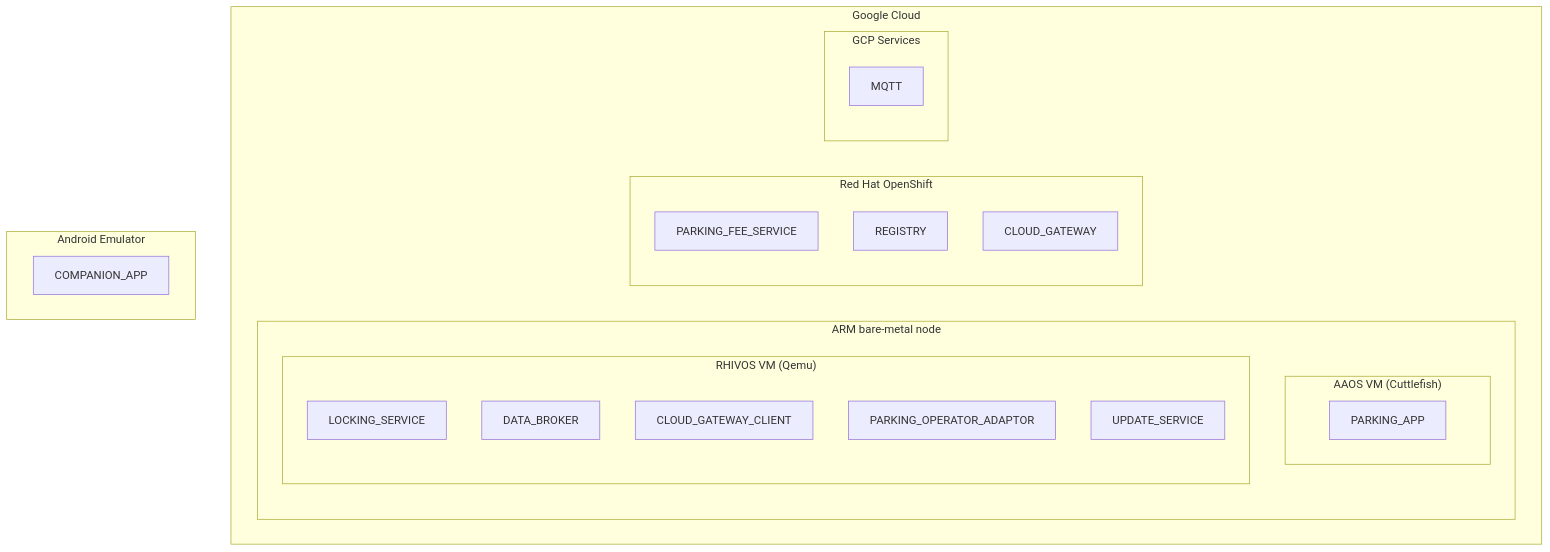
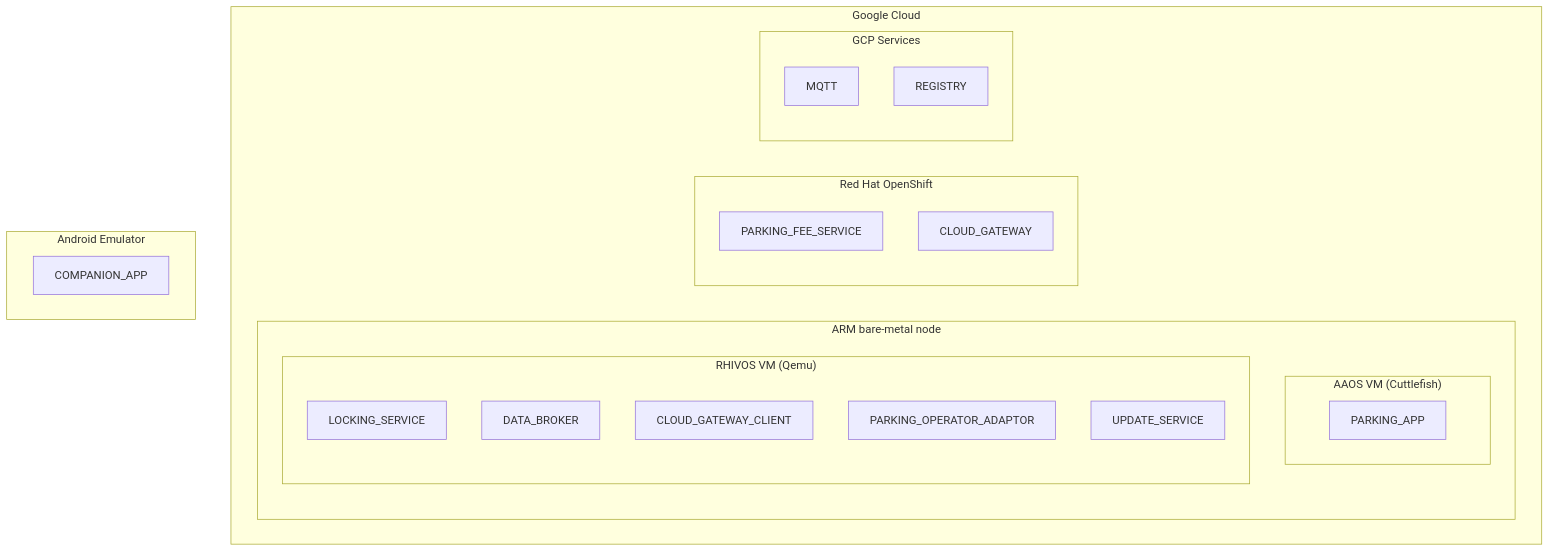
The first of 2 diagrams in prd.md (rhadp/parking-fee-service), drawn with Mermaid before and after one commit. The commit also changed other lines of this file, not shown here.

````diff
--- a/prd.md
+++ b/prd.md
@@ -210,35 +210,34 @@
 ```mermaid
 flowchart TD
 subgraph Cloud["Google Cloud"]
 
   subgraph BareMetal["ARM bare-metal node"]
     subgraph AAOS["AAOS VM (Cuttlefish)"]
       ParkingApp["PARKING_APP"]
     end
 
     subgraph RHIVOS["RHIVOS VM (Qemu)"]
       LockingService["LOCKING_SERVICE"]
       DataBroker["DATA_BROKER"]
       CloudGatewayClient["CLOUD_GATEWAY_CLIENT"]
       Adaptor["PARKING_OPERATOR_ADAPTOR"]
       UpdateService["UPDATE_SERVICE"]
     end
   end
 
   subgraph Backend["Red Hat OpenShift"]
     ParkingFeeService["PARKING_FEE_SERVICE"]
-    Registry["REGISTRY"]
     CloudGateway["CLOUD_GATEWAY"]
   end
 
   subgraph CloudServices["GCP Services"]
     MQTT["MQTT"]
     Registry["REGISTRY"]
   end
 end
 
 subgraph Mobile["Android Emulator"]
   CompanionApp["COMPANION_APP"]
 end
 
 ```
````
